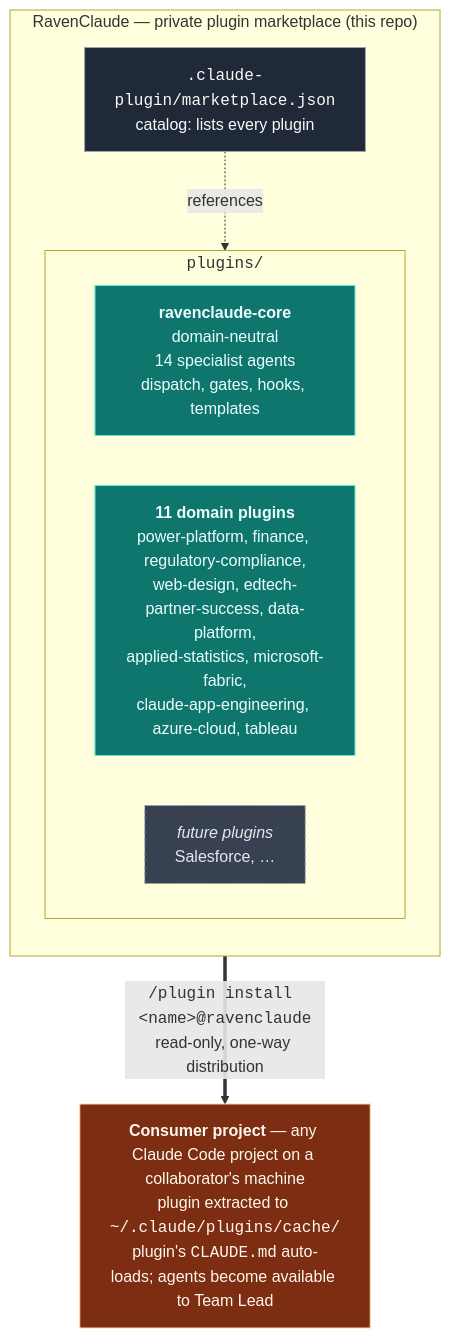
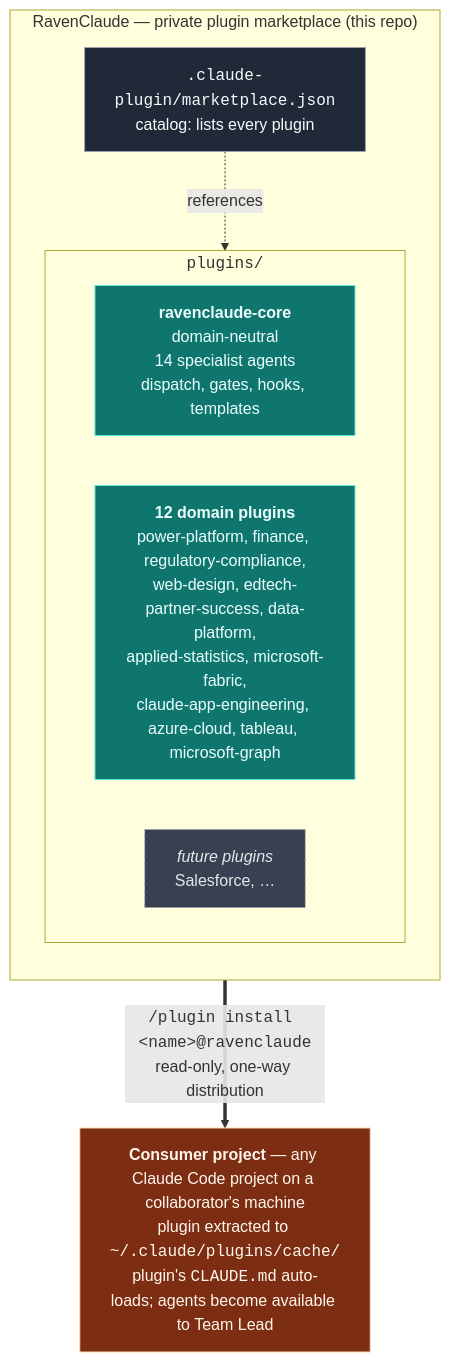
One commit to mcorbett51090/RavenClaude changed the diagram in docs/architecture.md. Above: the diagram before and after it, drawn with Mermaid. The commit also changed other lines of this file and 27 other files, not shown here.

First line of the commit message:
feat(microsoft-graph): new plugin v0.1.0 — Microsoft Graph developer team (3 agents)

````diff
--- a/docs/architecture.md
+++ b/docs/architecture.md
@@ -11,27 +11,27 @@
 ```mermaid
 flowchart TB
     subgraph marketplace["RavenClaude — private plugin marketplace (this repo)"]
         direction TB
         catalog["<code>.claude-plugin/marketplace.json</code><br/>catalog: lists every plugin"]
         subgraph plugindir["<code>plugins/</code>"]
             direction LR
             core["<b>ravenclaude-core</b><br/>domain-neutral<br/>14 specialist agents<br/>dispatch, gates, hooks, templates"]
-            domains["<b>11 domain plugins</b><br/>power-platform, finance, regulatory-compliance,<br/>web-design, edtech-partner-success, data-platform,<br/>applied-statistics, microsoft-fabric,<br/>claude-app-engineering, azure-cloud, tableau"]
+            domains["<b>12 domain plugins</b><br/>power-platform, finance, regulatory-compliance,<br/>web-design, edtech-partner-success, data-platform,<br/>applied-statistics, microsoft-fabric,<br/>claude-app-engineering, azure-cloud, tableau, microsoft-graph"]
             future["<i>future plugins</i><br/>Salesforce, …"]
         end
         catalog -.->|references| plugindir
     end
 
     consumer["<b>Consumer project</b> — any Claude Code project on a collaborator's machine<br/>plugin extracted to <code>~/.claude/plugins/cache/</code><br/>plugin's <code>CLAUDE.md</code> auto-loads; agents become available to Team Lead"]
 
     marketplace ==>|"<code>/plugin install &lt;name&gt;@ravenclaude</code><br/>read-only, one-way distribution"| consumer
 
     classDef hub fill:#1f2937,stroke:#9ca3af,color:#f9fafb
     classDef plugin fill:#0f766e,stroke:#5eead4,color:#ecfeff
     classDef future fill:#374151,stroke:#9ca3af,color:#e5e7eb,stroke-dasharray: 4 3
     classDef consumer fill:#7c2d12,stroke:#fed7aa,color:#fff7ed
     class catalog hub
     class core,domains plugin
     class future future
     class consumer consumer
 ```
````
